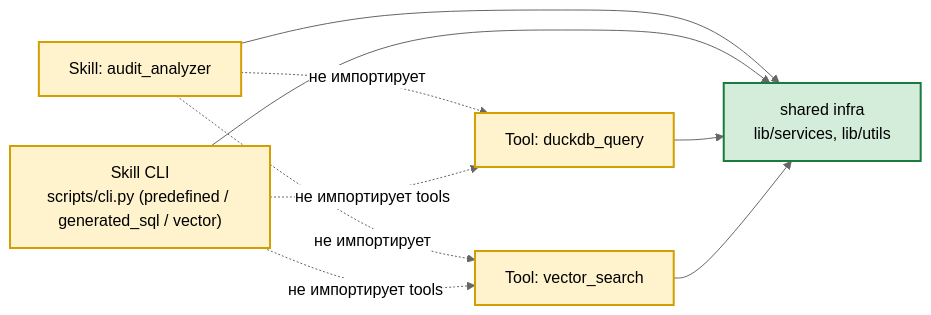
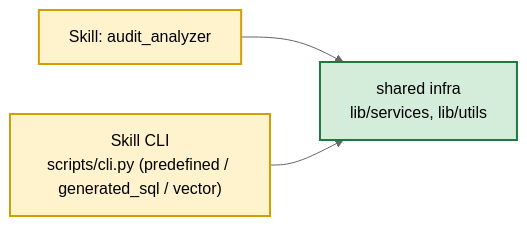
The diagram in docs/skill-tool-inventory.md (AlexEgorov85/workspaces_nanobot), drawn with Mermaid (neutral theme) before and after one commit. The commit also changed other lines of this file and 7 other files, not shown here.

````diff
--- a/docs/skill-tool-inventory.md
+++ b/docs/skill-tool-inventory.md
@@ -64,15 +67,9 @@
 ```mermaid
 flowchart LR
     SKILL["Skill: audit_analyzer"] --> INFRA["shared infra<br/>lib/services, lib/utils"]
     CLI["Skill CLI<br/>scripts/cli.py (predefined / generated_sql / vector)"] --> INFRA
-    T1["Tool: duckdb_query"] --> INFRA
-    T2["Tool: vector_search"] --> INFRA
-    SKILL -.не импортирует.-> T1
-    SKILL -.не импортирует.-> T2
-    CLI -.не импортирует tools.-> T1
-    CLI -.не импортирует tools.-> T2
     classDef core fill:#fff3cd,stroke:#d39e00,stroke-width:2px
     classDef infra fill:#d4edda,stroke:#1b7a3d,stroke-width:2px
-    class SKILL,CLI,T1,T2 core
+    class SKILL,CLI core
     class INFRA infra
 ```
````
